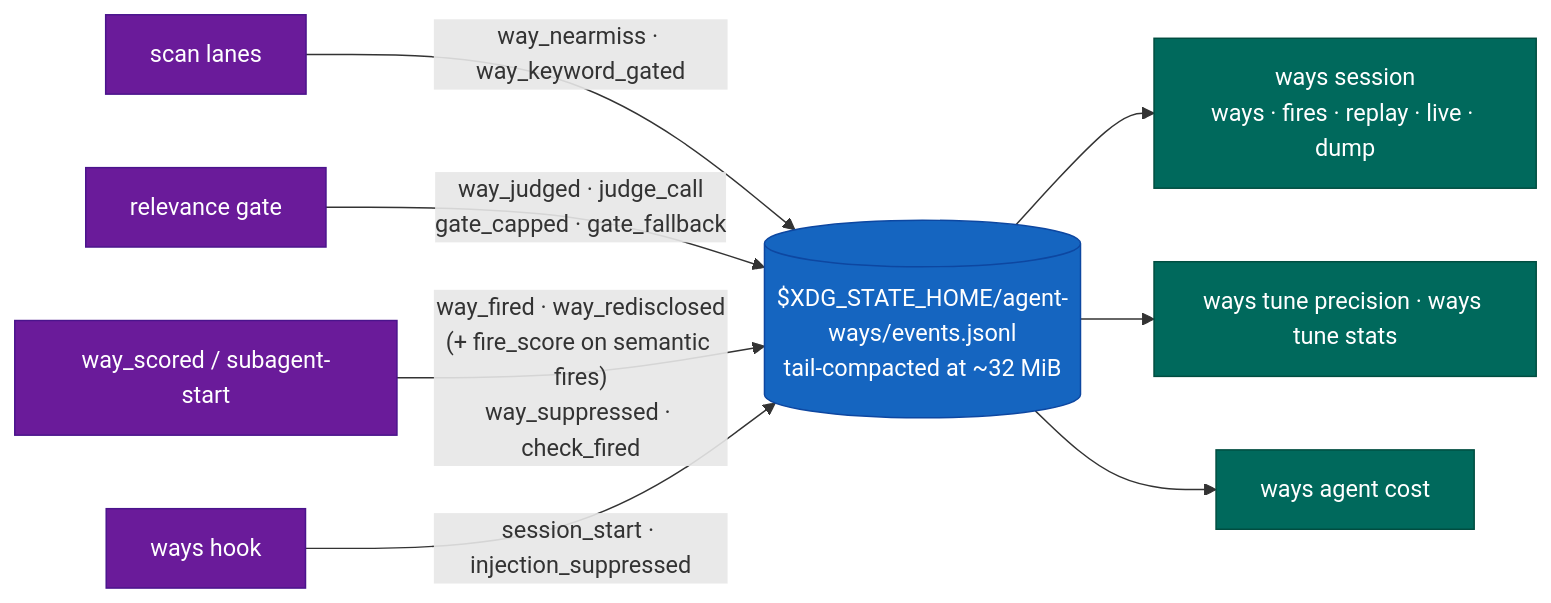
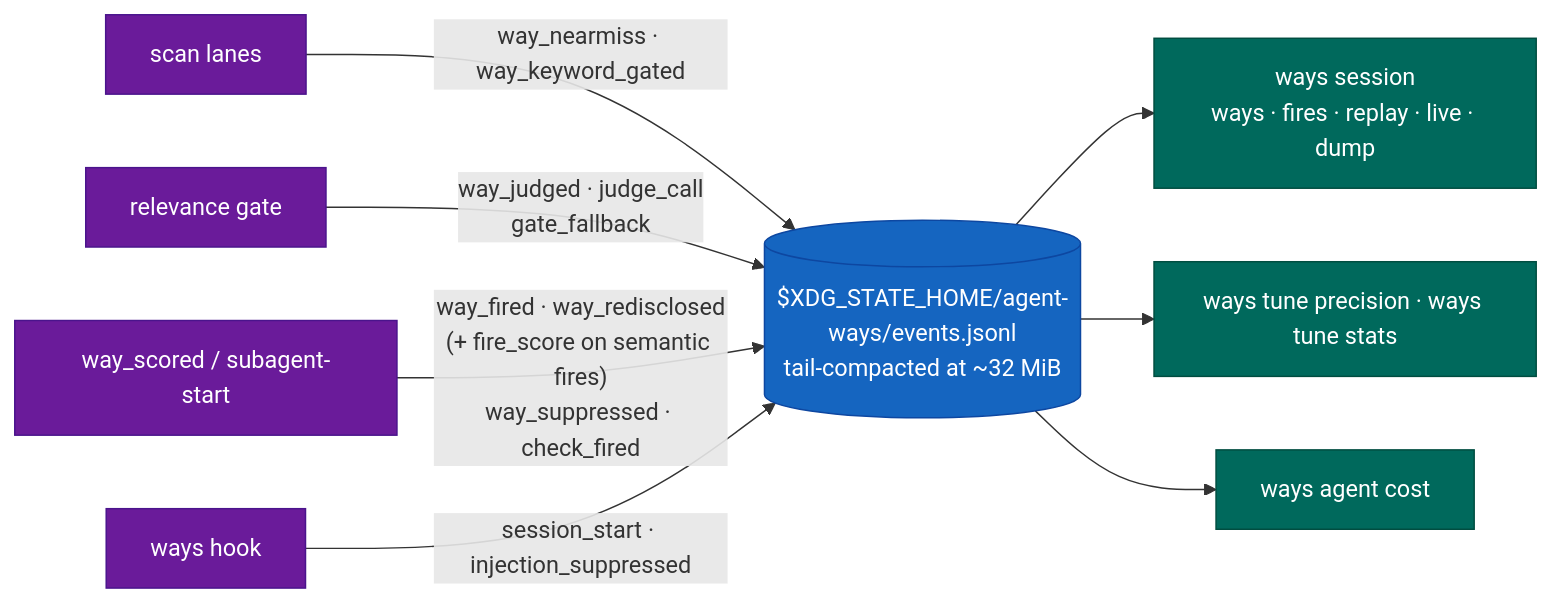
The ninth of 13 diagrams in docs/architecture.md (aaronsb/agent-ways), drawn with Mermaid before and after one commit. The commit also changed 6 other files, not shown here.

````diff
--- a/docs/architecture.md
+++ b/docs/architecture.md
@@ -414,22 +414,22 @@
 ```mermaid
 flowchart LR
     classDef match fill:#6A1B9A,stroke:#4A148C,color:#fff
     classDef log fill:#1565C0,stroke:#0D47A1,color:#fff
     classDef read fill:#00695C,stroke:#004D40,color:#fff
 
     Scan["scan lanes"]:::match
     Gate["relevance gate"]:::match
     Show["way_scored / subagent-start"]:::match
     Hook["ways hook"]:::match
 
     Scan -->|"way_nearmiss · way_keyword_gated"| EV
-    Gate -->|"way_judged · judge_call<br/>gate_capped · gate_fallback"| EV
+    Gate -->|"way_judged · judge_call<br/>gate_fallback"| EV
     Show -->|"way_fired · way_redisclosed<br/>(+ fire_score on semantic fires)<br/>way_suppressed · check_fired"| EV
     Hook -->|"session_start · injection_suppressed"| EV
 
     EV[("$XDG_STATE_HOME/agent-ways/events.jsonl<br/>tail-compacted at ~32 MiB")]:::log
 
     EV --> R1["ways session<br/>ways · fires · replay · live · dump"]:::read
     EV --> R2["ways tune precision · ways tune stats"]:::read
     EV --> R3["ways agent cost"]:::read
 ```
````
